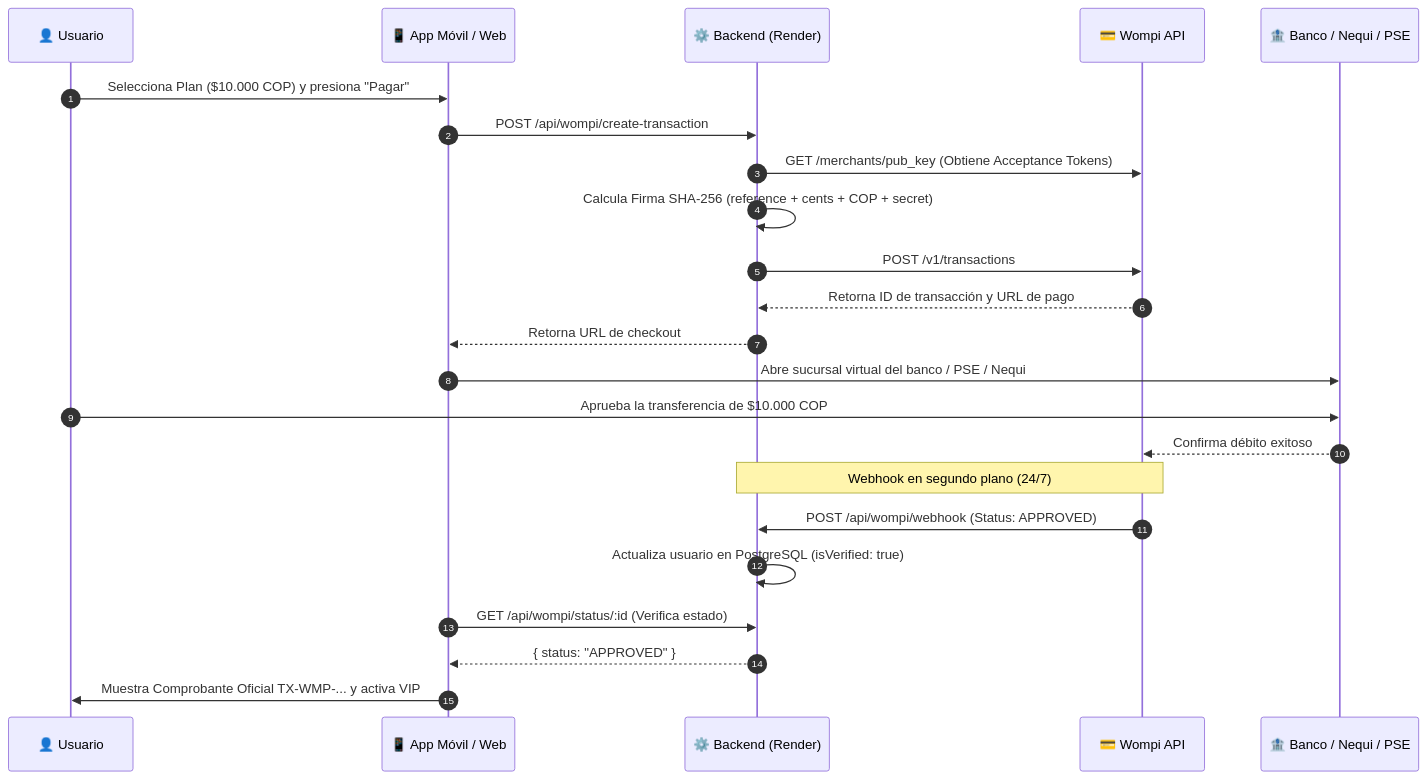
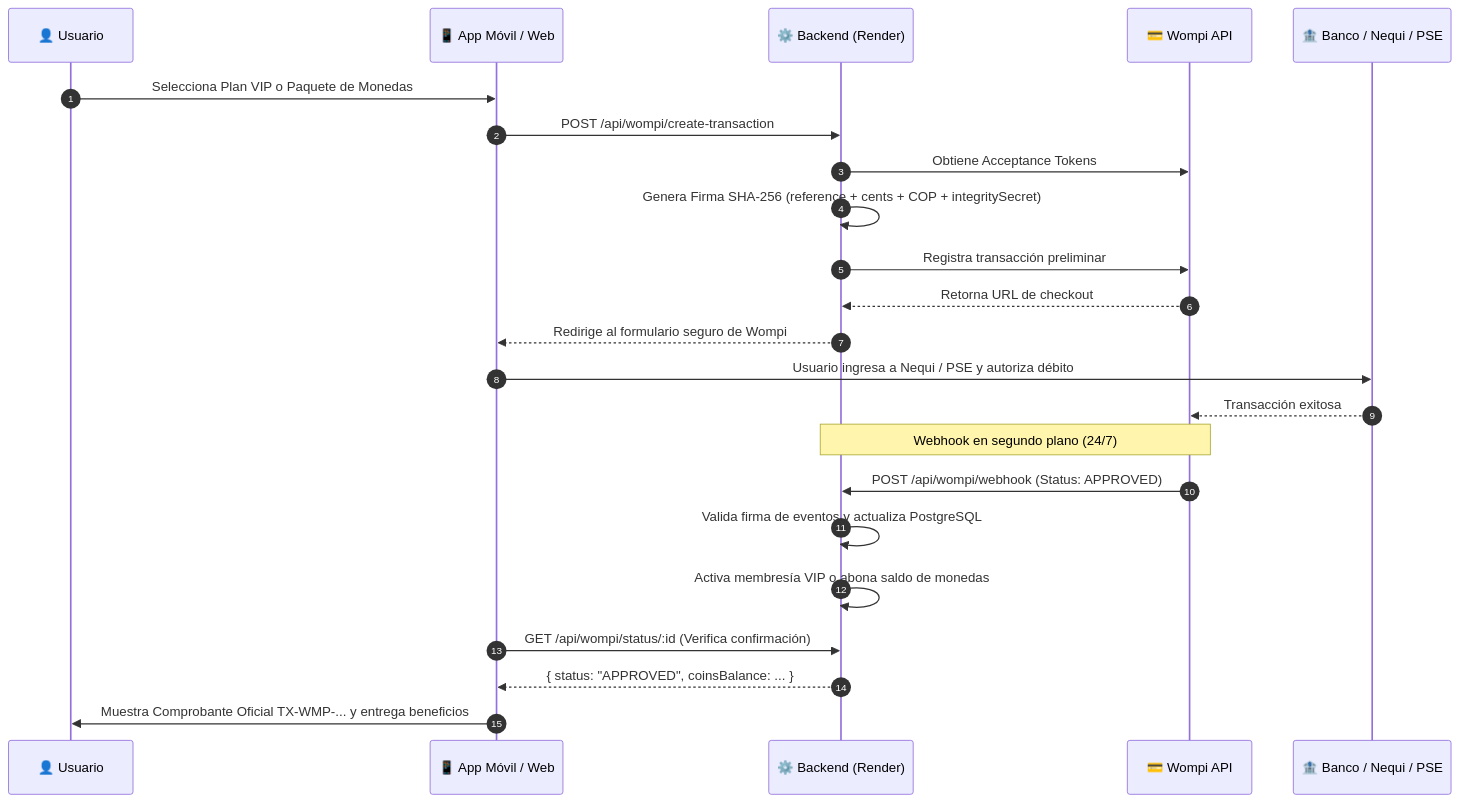
Before and after one commit to edimartinezpos2-beep/TexxxNopor: the second of 2 diagrams in docs/03_MANUAL_PASARELA_PAGOS_WOMPI.md, drawn with Mermaid. The commit also changed other lines of this file and 35 other files, not shown here.

````diff
--- a/docs/03_MANUAL_PASARELA_PAGOS_WOMPI.md
+++ b/docs/03_MANUAL_PASARELA_PAGOS_WOMPI.md
@@ -53,28 +81,28 @@
 ```mermaid
 sequenceDiagram
     autonumber
     participant Usuario as 👤 Usuario
     participant App as 📱 App Móvil / Web
     participant Backend as ⚙️ Backend (Render)
     participant Wompi as 💳 Wompi API
     participant Banco as 🏦 Banco / Nequi / PSE
 
-    Usuario->>App: Selecciona Plan ($10.000 COP) y presiona "Pagar"
+    Usuario->>App: Selecciona Plan VIP o Paquete de Monedas
     App->>Backend: POST /api/wompi/create-transaction
-    Backend->>Wompi: GET /merchants/pub_key (Obtiene Acceptance Tokens)
-    Backend->>Backend: Calcula Firma SHA-256 (reference + cents + COP + secret)
-    Backend->>Wompi: POST /v1/transactions
-    Wompi-->>Backend: Retorna ID de transacción y URL de pago
-    Backend-->>App: Retorna URL de checkout
-    App->>Banco: Abre sucursal virtual del banco / PSE / Nequi
-    Usuario->>Banco: Aprueba la transferencia de $10.000 COP
-    Banco-->>Wompi: Confirma débito exitoso
+    Backend->>Wompi: Obtiene Acceptance Tokens
+    Backend->>Backend: Genera Firma SHA-256 (reference + cents + COP + integritySecret)
+    Backend->>Wompi: Registra transacción preliminar
+    Wompi-->>Backend: Retorna URL de checkout
+    Backend-->>App: Redirige al formulario seguro de Wompi
+    App->>Banco: Usuario ingresa a Nequi / PSE y autoriza débito
+    Banco-->>Wompi: Transacción exitosa
     
     Note over Wompi,Backend: Webhook en segundo plano (24/7)
     Wompi->>Backend: POST /api/wompi/webhook (Status: APPROVED)
-    Backend->>Backend: Actualiza usuario en PostgreSQL (isVerified: true)
+    Backend->>Backend: Valida firma de eventos y actualiza PostgreSQL
+    Backend->>Backend: Activa membresía VIP o abona saldo de monedas
     
-    App->>Backend: GET /api/wompi/status/:id (Verifica estado)
-    Backend-->>App: { status: "APPROVED" }
-    App->>Usuario: Muestra Comprobante Oficial TX-WMP-... y activa VIP
+    App->>Backend: GET /api/wompi/status/:id (Verifica confirmación)
+    Backend-->>App: { status: "APPROVED", coinsBalance: ... }
+    App->>Usuario: Muestra Comprobante Oficial TX-WMP-... y entrega beneficios
 ```
````
